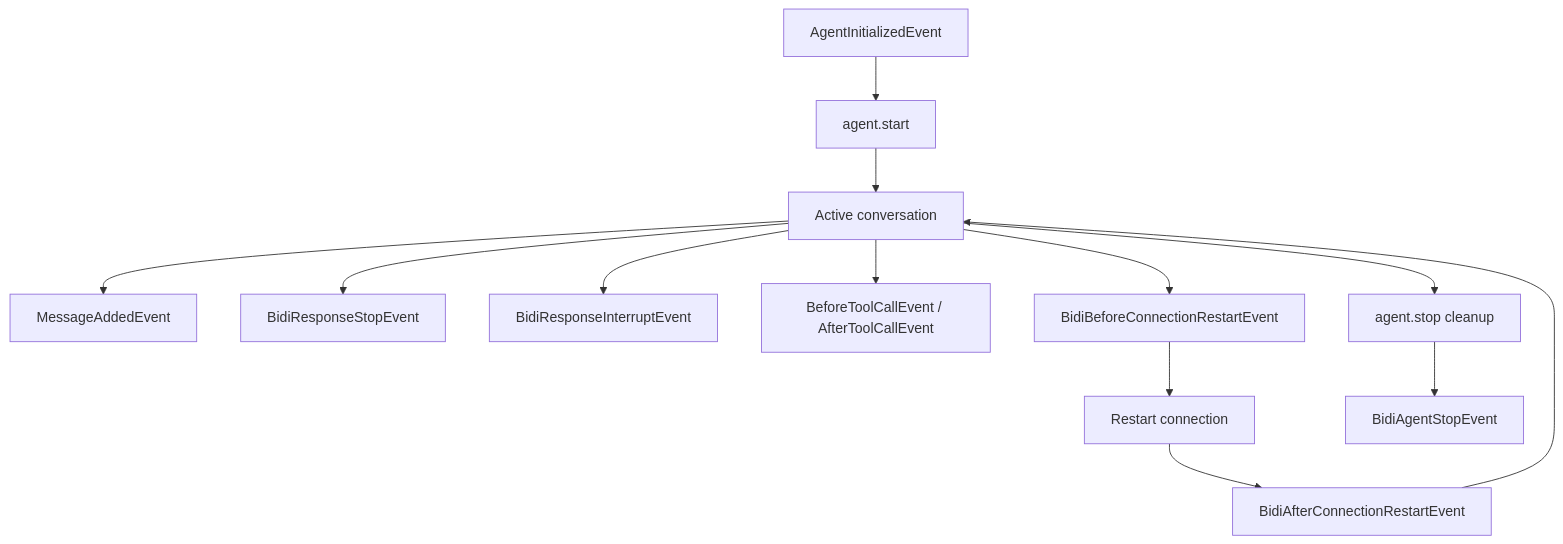
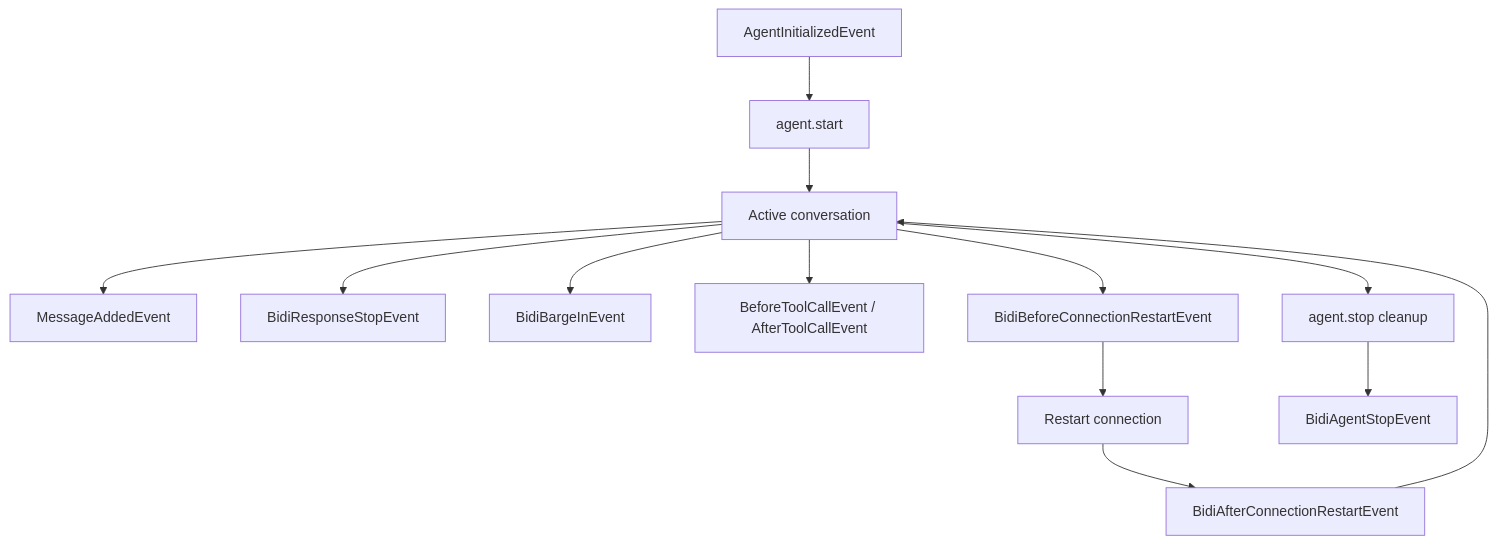
The diagram in site/src/content/docs/user-guide/sdk/bidirectional-streaming/hooks.mdx (strands-agents/harness-sdk), drawn with Mermaid before and after one commit. The commit also changed other lines of this file and 38 other files, not shown here.

Commit message:
refactor(bidi): use barge-in terminology

````diff
--- a/site/src/content/docs/user-guide/sdk/bidirectional-streaming/hooks.mdx
+++ b/site/src/content/docs/user-guide/sdk/bidirectional-streaming/hooks.mdx
@@ -155,15 +155,15 @@
 ```mermaid
 flowchart TB
     Init[AgentInitializedEvent] --> Start[agent.start]
     Start --> Running[Active conversation]
     Running --> Message[MessageAddedEvent]
     Running --> Response[BidiResponseStopEvent]
-    Running --> Interruption[BidiResponseInterruptEvent]
+    Running --> BargeIn[BidiBargeInEvent]
     Running --> Tools[BeforeToolCallEvent / AfterToolCallEvent]
     Running --> BeforeRestart[BidiBeforeConnectionRestartEvent]
     BeforeRestart --> Restart[Restart connection]
     Restart --> AfterRestart[BidiAfterConnectionRestartEvent]
     AfterRestart --> Running
     Running --> Stop[agent.stop cleanup]
     Stop --> Stopped[BidiAgentStopEvent]
 ```
````
